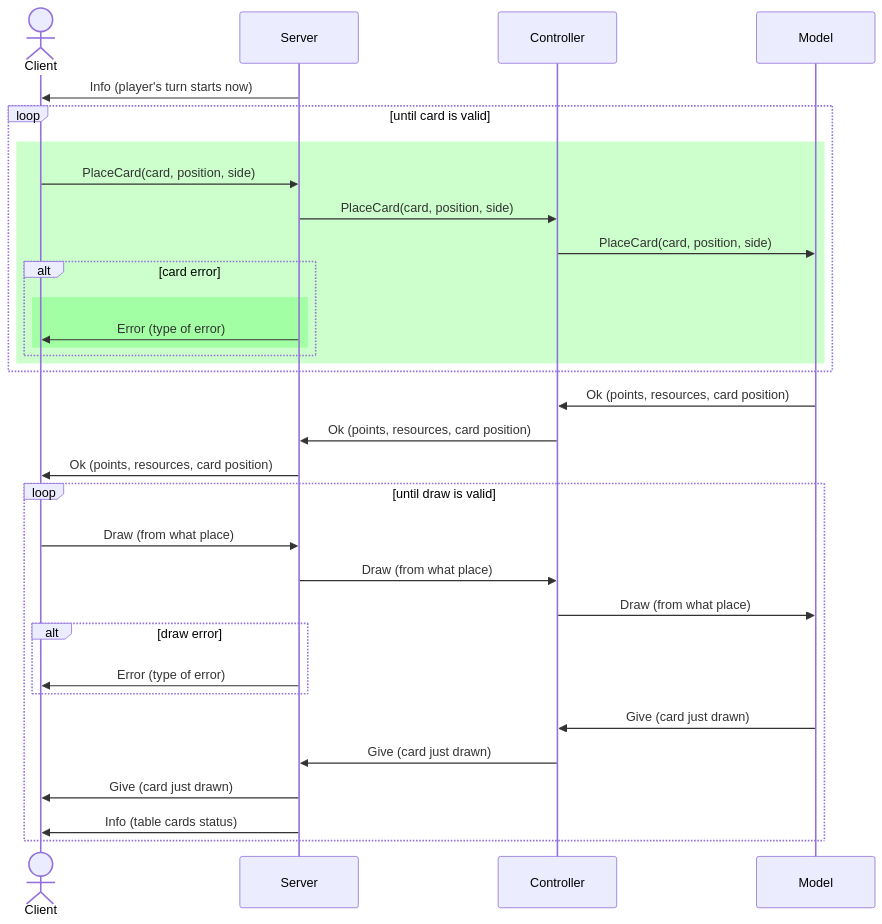
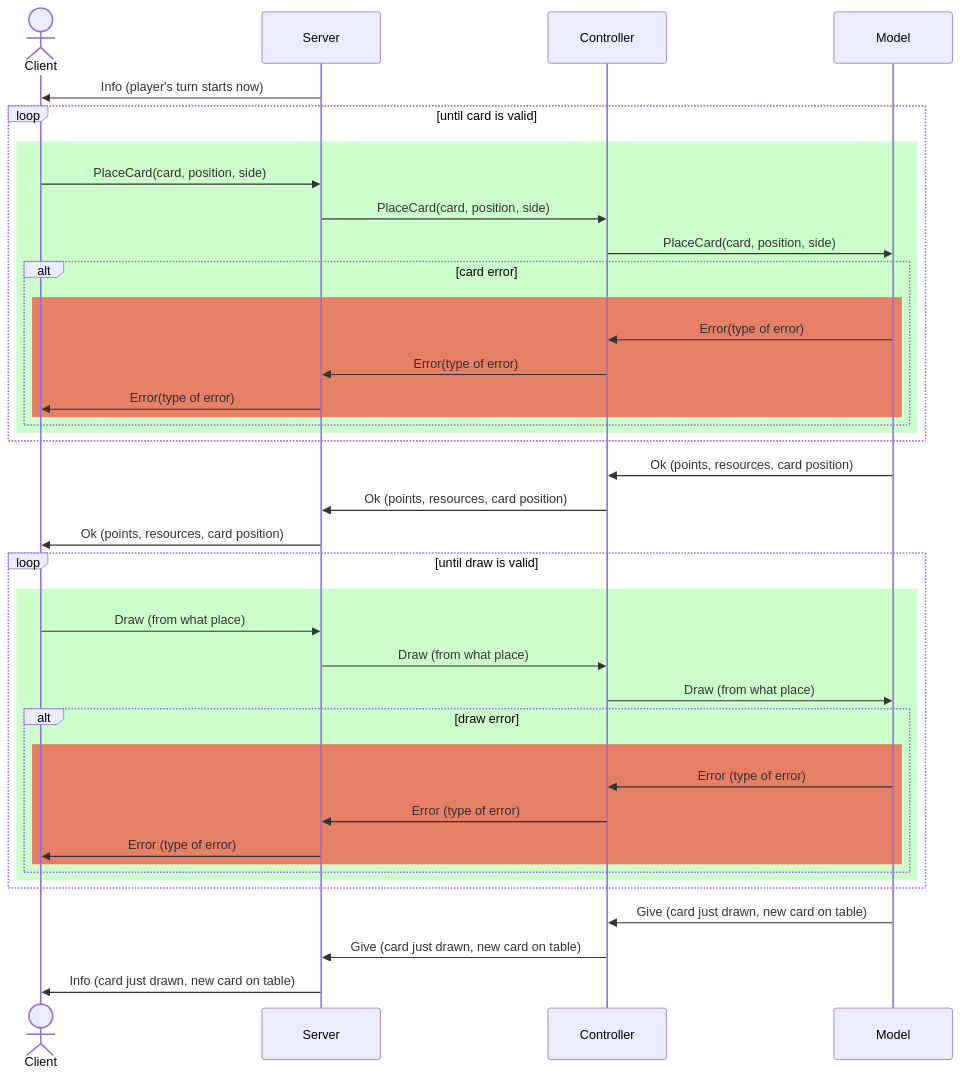
One commit to TheCaptainCraken/IS24-AM26 changed the third of 6 diagrams in deliverables/connection-serius.md. Above: the diagram before and after it, drawn with Mermaid. The commit also changed other lines of this file, not shown here.

Commit message:
Introduce connection lost and better sequence

````diff
--- a/deliverables/connection-serius.md
+++ b/deliverables/connection-serius.md
@@ -84,38 +165,45 @@
 ```mermaid
 sequenceDiagram
     actor Client
     participant Server
     participant Controller
     participant Model
     Server ->> Client: Info (player's turn starts now)
    
         loop until card is valid
         rect rgba(0, 255, 0, 0.2)
         Client ->> Server: PlaceCard(card, position, side)
         Server ->> Controller: PlaceCard(card, position, side)
         Controller ->> Model: PlaceCard(card, position, side)
             alt card error
-                rect rgba(0, 255, 0, 0.2)
-                Server ->> Client: Error (type of error)
+                rect rgba(255, 0, 0, 0.5)
+                Model ->> Controller: Error(type of error)
+                Controller ->> Server: Error(type of error)
+                Server ->> Client: Error(type of error)
                 end 
             end
         end
         
         end
         Model ->> Controller: Ok (points, resources, card position)
         Controller ->> Server: Ok (points, resources, card position)
         Server ->> Client: Ok (points, resources, card position)
-        loop until draw is valid 
-            Client ->> Server: Draw (from what place)
+        loop until draw is valid
+        rect rgba(0, 255, 0, 0.2)
+        Client ->> Server: Draw (from what place)
             Server ->> Controller: Draw (from what place)
             Controller ->> Model: Draw (from what place)
             alt draw error
+                rect rgba(255, 0, 0, 0.5)
+                Model ->> Controller: Error (type of error)
+                Controller ->> Server: Error (type of error)
                 Server ->> Client: Error (type of error)
+                end
             end
-        Model ->> Controller: Give (card just drawn)
-        Controller ->> Server: Give (card just drawn)
-        Server ->> Client: Give (card just drawn)
-        Server ->> Client: Info (table cards status)
         end
-     
+        end
+        Model ->> Controller: Give (card just drawn, new card on table)
+        Controller ->> Server: Give (card just drawn, new card on table)
+        Server ->> Client: Info (card just drawn, new card on table)
+
 ```
````
